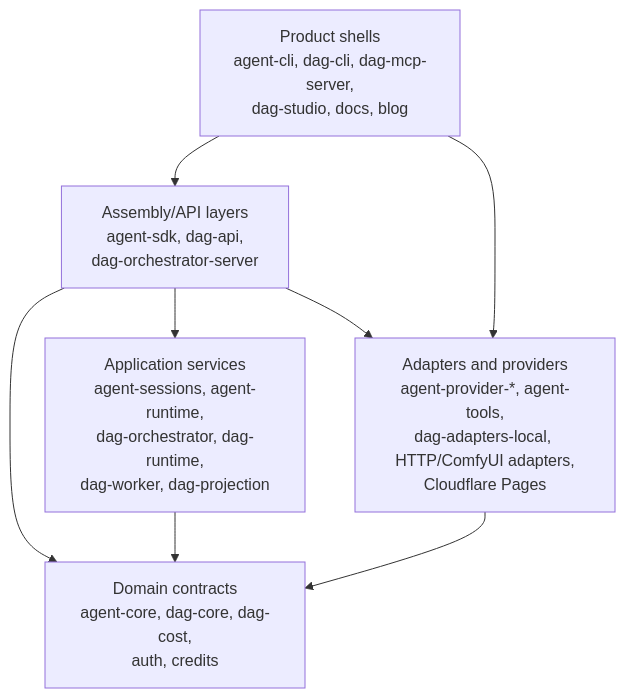
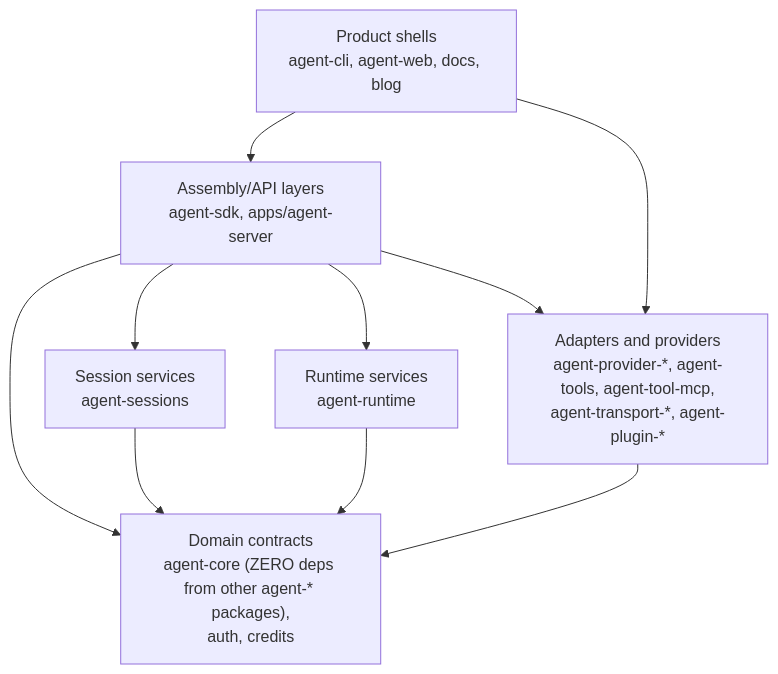
The diagram in .agents/specs/architecture-map/dependency-direction.md (woojubb/robota), drawn with Mermaid before and after one commit. The commit also changed other lines of this file and 1027 other files, not shown here.

````diff
--- a/.agents/specs/architecture-map/dependency-direction.md
+++ b/.agents/specs/architecture-map/dependency-direction.md
@@ -9,16 +9,19 @@
 ```mermaid
 flowchart TD
-  ProductShells["Product shells\nagent-cli, dag-cli, dag-mcp-server,\ndag-studio, docs, blog"]
-  Assembly["Assembly/API layers\nagent-sdk, dag-api,\ndag-orchestrator-server"]
-  Application["Application services\nagent-sessions, agent-runtime,\ndag-orchestrator, dag-runtime,\ndag-worker, dag-projection"]
-  Domain["Domain contracts\nagent-core, dag-core, dag-cost,\nauth, credits"]
-  Adapters["Adapters and providers\nagent-provider-*, agent-tools,\ndag-adapters-local, HTTP/ComfyUI adapters,\nCloudflare Pages"]
+  ProductShells["Product shells\nagent-cli, agent-web, docs, blog"]
+  Assembly["Assembly/API layers\nagent-sdk, apps/agent-server"]
+  Sessions["Session services\nagent-sessions"]
+  Runtime["Runtime services\nagent-runtime"]
+  Domain["Domain contracts\nagent-core (ZERO deps from other agent-* packages),\nauth, credits"]
+  Adapters["Adapters and providers\nagent-provider-*, agent-tools, agent-tool-mcp,\nagent-transport-*, agent-plugin-*"]
 
   ProductShells --> Assembly
-  Assembly --> Application
+  Assembly --> Sessions
+  Assembly --> Runtime
   Assembly --> Domain
-  Application --> Domain
+  Sessions --> Domain
+  Runtime --> Domain
   Assembly --> Adapters
   ProductShells --> Adapters
   Adapters --> Domain
 ```
````
